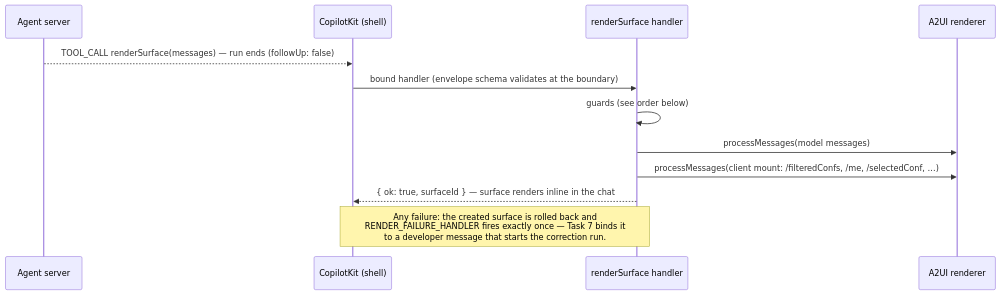
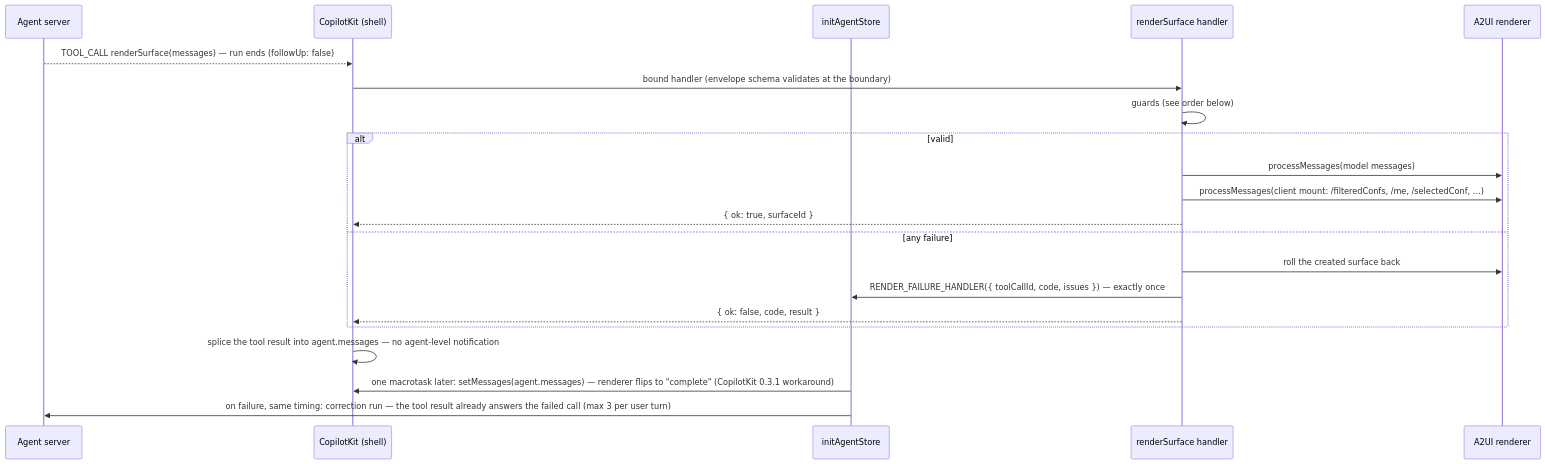
The third of 3 diagrams in docs/architecture.md (lutzleonhardt/native-federation-a2ui), drawn with Mermaid before and after one commit. The commit also changed other lines of this file and 38 other files, not shown here.

Commit message:
task-7: add chat page with agent store, prompts, and mock-agent loop

````diff
--- a/docs/architecture.md
+++ b/docs/architecture.md
@@ -103,15 +104,24 @@
 ```mermaid
 sequenceDiagram
     participant A as Agent server
     participant C as CopilotKit (shell)
+    participant S as initAgentStore
     participant H as renderSurface handler
     participant R as A2UI renderer
 
     A-->>C: TOOL_CALL renderSurface(messages) — run ends (followUp: false)
     C->>H: bound handler (envelope schema validates at the boundary)
     H->>H: guards (see order below)
-    H->>R: processMessages(model messages)
-    H->>R: processMessages(client mount: /filteredConfs, /me, /selectedConf, …)
-    H-->>C: { ok: true, surfaceId } — surface renders inline in the chat
-    Note over C,H: Any failure: the created surface is rolled back and<br/>RENDER_FAILURE_HANDLER fires exactly once — Task 7 binds it<br/>to a developer message that starts the correction run.
+    alt valid
+        H->>R: processMessages(model messages)
+        H->>R: processMessages(client mount: /filteredConfs, /me, /selectedConf, …)
+        H-->>C: { ok: true, surfaceId }
+    else any failure
+        H->>R: roll the created surface back
+        H->>S: RENDER_FAILURE_HANDLER({ toolCallId, code, issues }) — exactly once
+        H-->>C: { ok: false, code, result }
+    end
+    C->>C: splice the tool result into agent.messages — no agent-level notification
+    S->>C: one macrotask later: setMessages(agent.messages) — renderer flips to "complete" (CopilotKit 0.3.1 workaround)
+    S->>A: on failure, same timing: correction run — the tool result already answers the failed call (max 3 per user turn)
 ```
````
